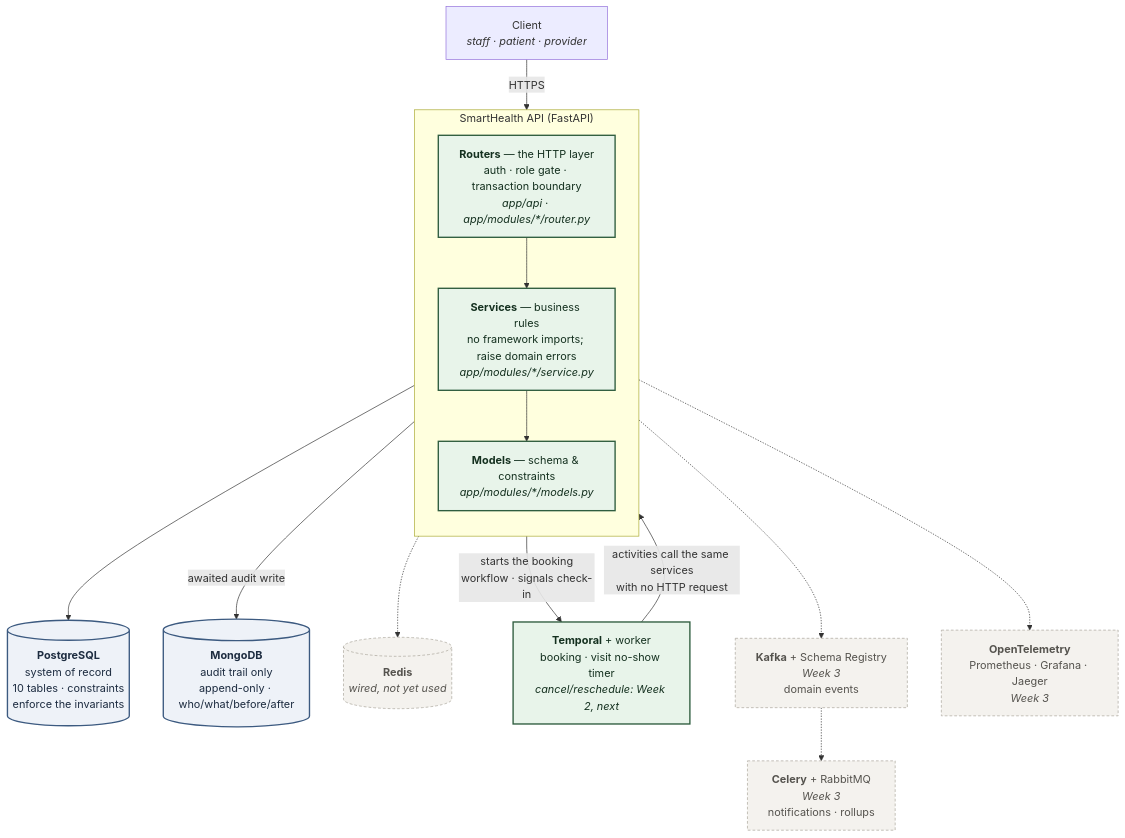
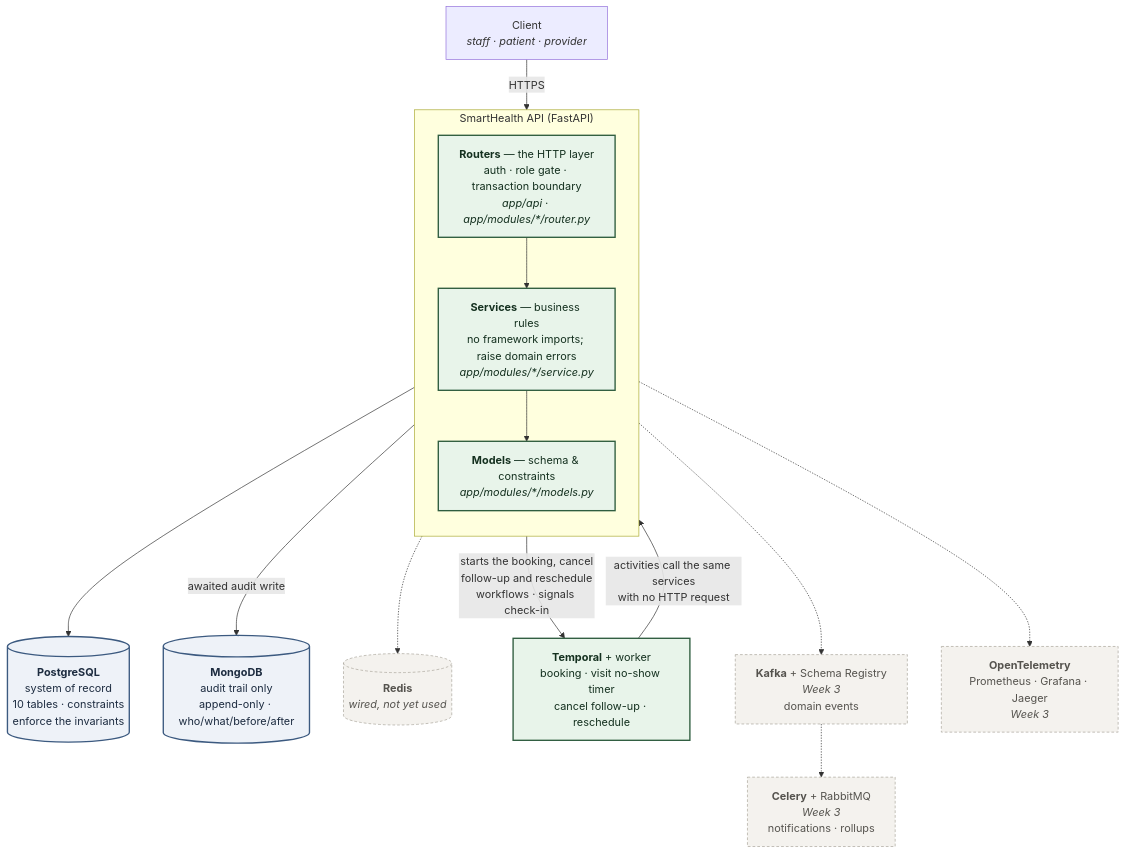
One commit to sadainiqrar/smarthealth changed the first of 3 diagrams in README.md. Above: the diagram before and after it, drawn with Mermaid. The commit also changed other lines of this file and 3 other files, not shown here.

````diff
--- a/README.md
+++ b/README.md
@@ -28,39 +31,39 @@
 ```mermaid
 flowchart TB
     client["Client<br/><i>staff · patient · provider</i>"]
 
     subgraph app["SmartHealth API (FastAPI)"]
         direction TB
         routers["<b>Routers</b> — the HTTP layer<br/>auth · role gate · transaction boundary<br/><i>app/api · app/modules/*/router.py</i>"]
         services["<b>Services</b> — business rules<br/>no framework imports; raise domain errors<br/><i>app/modules/*/service.py</i>"]
         models["<b>Models</b> — schema &amp; constraints<br/><i>app/modules/*/models.py</i>"]
         routers --> services --> models
     end
 
     pg[("<b>PostgreSQL</b><br/>system of record<br/>10 tables · constraints<br/>enforce the invariants")]
     mongo[("<b>MongoDB</b><br/>audit trail only<br/>append-only · who/what/before/after")]
     redis[("<b>Redis</b><br/><i>wired, not yet used</i>")]
 
-    temporal["<b>Temporal</b> + worker<br/>booking · visit no-show timer<br/><i>cancel/reschedule: Week 2, next</i>"]
+    temporal["<b>Temporal</b> + worker<br/>booking · visit no-show timer<br/>cancel follow-up · reschedule"]
     kafka["<b>Kafka</b> + Schema Registry<br/><i>Week 3</i><br/>domain events"]
     celery["<b>Celery</b> + RabbitMQ<br/><i>Week 3</i><br/>notifications · rollups"]
     otel["<b>OpenTelemetry</b><br/>Prometheus · Grafana · Jaeger<br/><i>Week 3</i>"]
 
     client -->|HTTPS| routers
     models --> pg
     services -->|awaited audit write| mongo
     app -.-> redis
 
-    routers -->|"starts the booking<br/>workflow · signals check-in"| temporal
+    routers -->|"starts the booking, cancel<br/>follow-up and reschedule<br/>workflows · signals check-in"| temporal
     temporal -->|"activities call the same services<br/>with no HTTP request"| services
     services -.-> kafka
     kafka -.-> celery
     app -.-> otel
 
     classDef done fill:#e8f4ea,stroke:#2f5d3f,stroke-width:2px,color:#14301f
     classDef todo fill:#f4f2ee,stroke:#a9a49a,stroke-width:1px,stroke-dasharray:4 3,color:#55534e
     classDef store fill:#eef2f8,stroke:#3c5a80,stroke-width:2px,color:#1d2c40
     class routers,services,models,temporal done
     class pg,mongo store
     class redis,kafka,celery,otel todo
 ```
````
